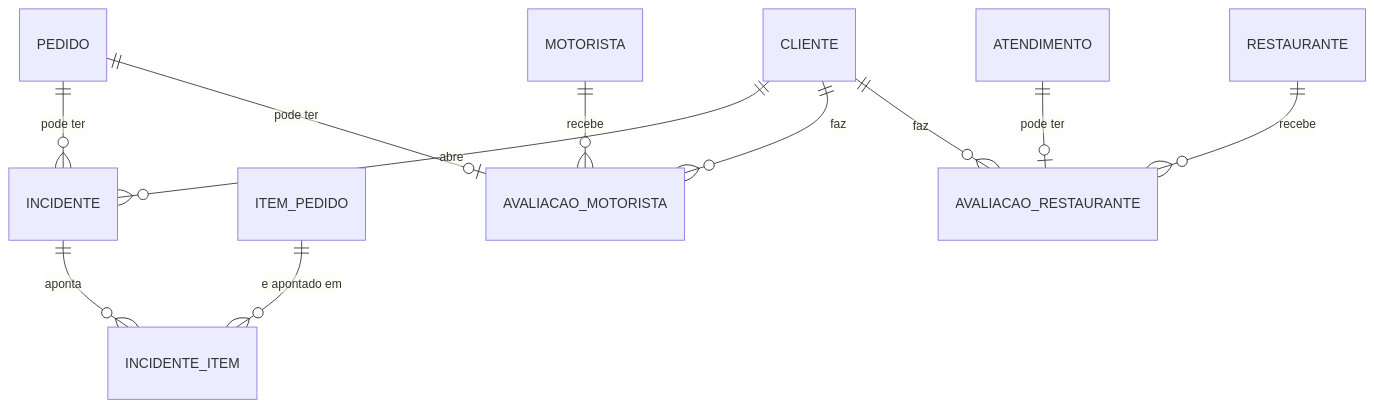
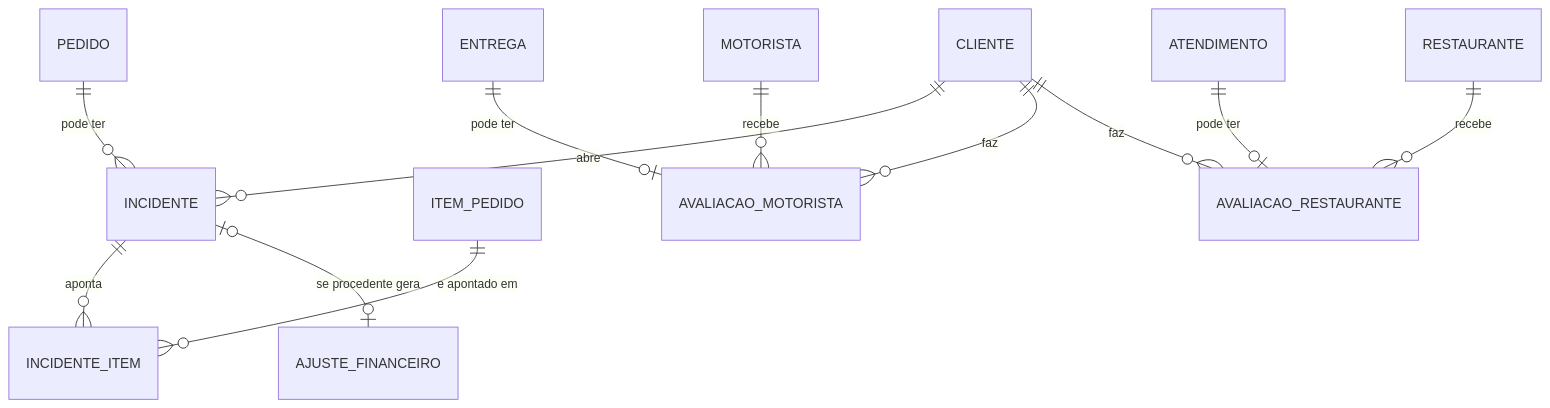
One commit to jotap-rocha/uber-eats-case changed the third of 3 diagrams in shared/docs/modelagem/02-modelo-conceitual.md. Above: the diagram before and after it, drawn with Mermaid. The commit also changed other lines of this file, not shown here.

First line of the commit message:
docs(modelagem): revisão dos diagramas 2.2 e 2.3 (dinheiro e pós-entrega)

````diff
--- a/shared/docs/modelagem/02-modelo-conceitual.md
+++ b/shared/docs/modelagem/02-modelo-conceitual.md
@@ -99,14 +104,15 @@
 ```mermaid
 erDiagram
     PEDIDO ||--o{ INCIDENTE : "pode ter"
     CLIENTE ||--o{ INCIDENTE : "abre"
     INCIDENTE ||--o{ INCIDENTE_ITEM : "aponta"
     ITEM_PEDIDO ||--o{ INCIDENTE_ITEM : "e apontado em"
+    INCIDENTE |o--o| AJUSTE_FINANCEIRO : "se procedente gera"
 
-    PEDIDO ||--o| AVALIACAO_MOTORISTA : "pode ter"
+    ENTREGA ||--o| AVALIACAO_MOTORISTA : "pode ter"
     MOTORISTA ||--o{ AVALIACAO_MOTORISTA : "recebe"
     ATENDIMENTO ||--o| AVALIACAO_RESTAURANTE : "pode ter"
     RESTAURANTE ||--o{ AVALIACAO_RESTAURANTE : "recebe"
     CLIENTE ||--o{ AVALIACAO_MOTORISTA : "faz"
     CLIENTE ||--o{ AVALIACAO_RESTAURANTE : "faz"
 ```
````
